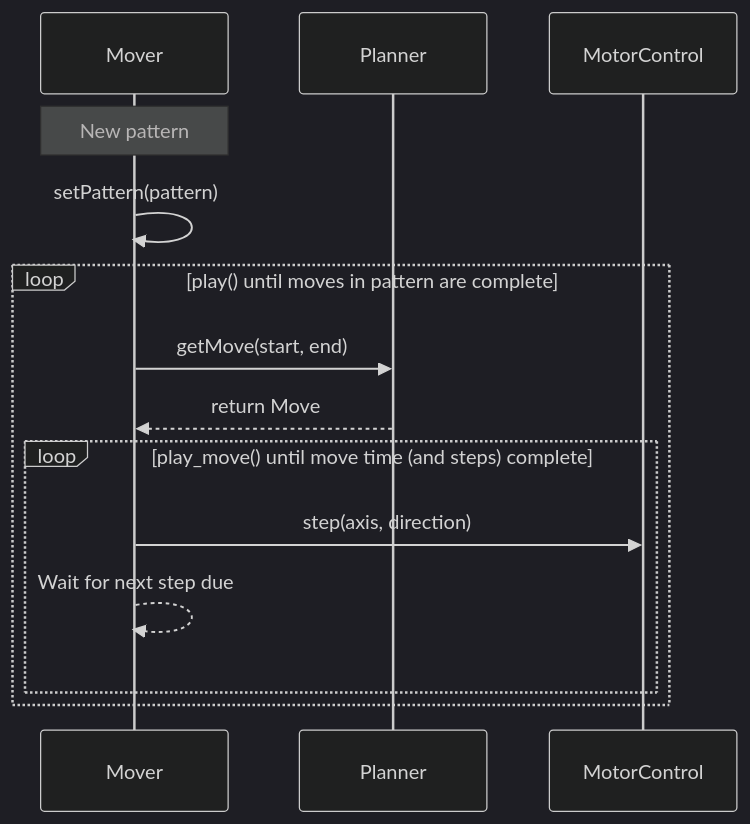
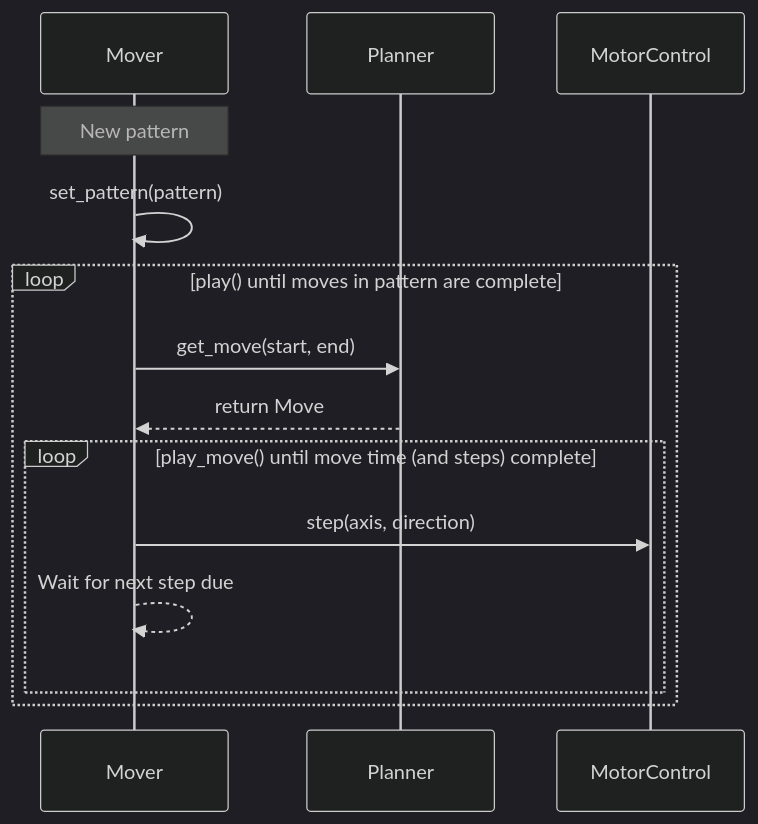
The third of 3 diagrams in docs/software_design.md (mpinder0/mini-sandtable-polar-esp32), drawn with Mermaid (dark theme) before and after one commit. The commit also changed other lines of this file and 5 other files, not shown here.

````diff
--- a/docs/software_design.md
+++ b/docs/software_design.md
@@ -68,13 +68,13 @@
 ```mermaid
 sequenceDiagram
     note over Mover: New pattern
-    Mover->>Mover: setPattern(pattern)
+    Mover->>Mover: set_pattern(pattern)
     loop play() until moves in pattern are complete
-        Mover->>Planner: getMove(start, end)
+        Mover->>Planner: get_move(start, end)
         Planner-->>Mover: return Move
         loop play_move() until move time (and steps) complete
             Mover->>MotorControl: step(axis, direction)
             Mover-->>Mover: Wait for next step due
         end
     end
 ```
````
